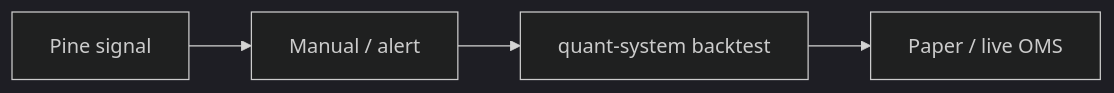
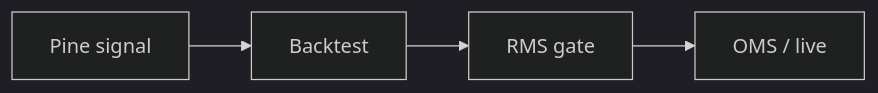
Before and after one commit to LouisLetcher/LouisLetcher: the diagram in README.md, drawn with Mermaid (dark theme). The commit also changed other lines of this file, not shown here.

````diff
--- a/README.md
+++ b/README.md
@@ -34,6 +21,6 @@
 ```mermaid
 flowchart LR
-  A[Pine signal] --> B[Manual / alert]
-  B --> C[quant-system backtest]
-  C --> D[Paper / live OMS]
+  A[Pine signal] --> B[Backtest]
+  B --> C[RMS gate]
+  C --> D[OMS / live]
 ```
````
